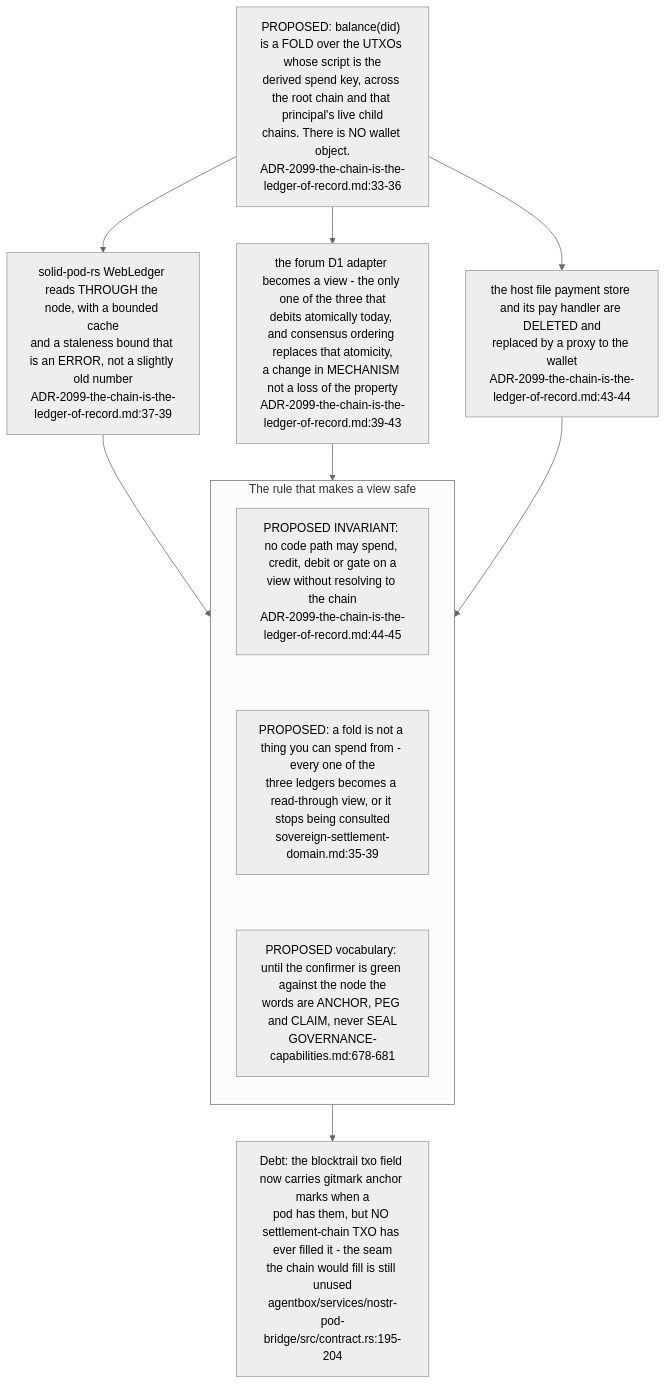
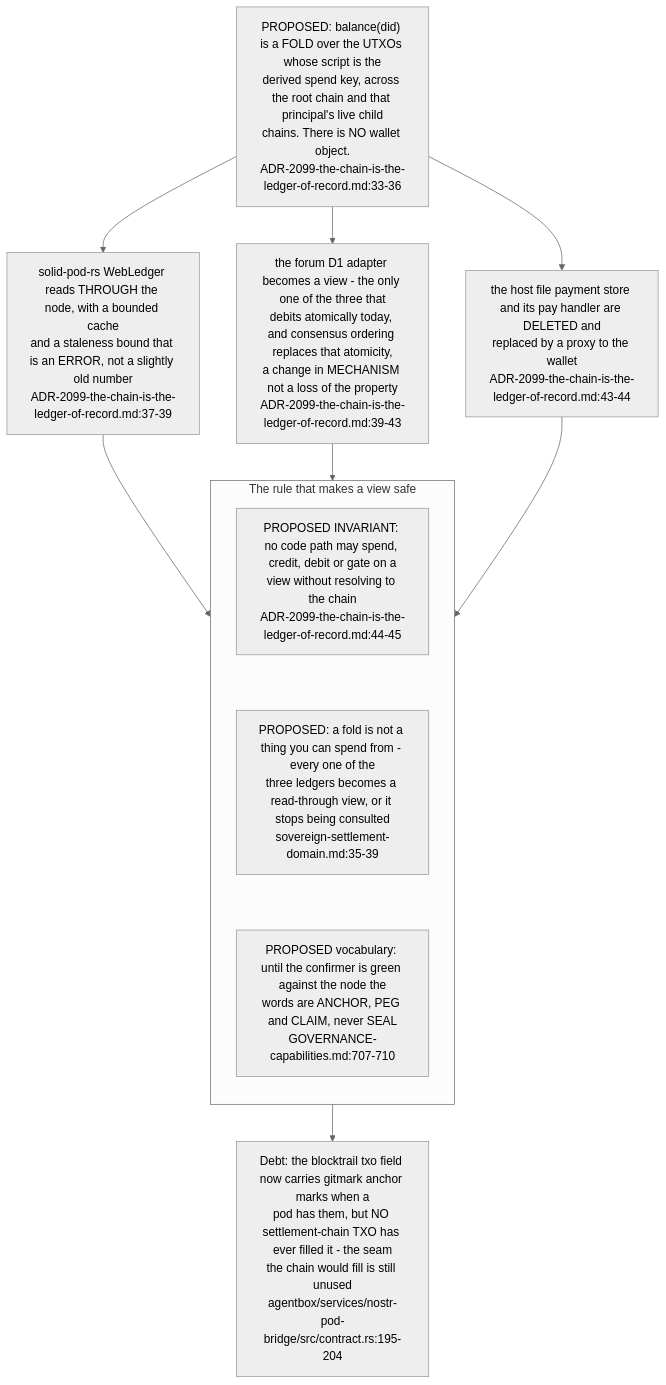
One commit to DreamLab-AI/VisionFlow changed the fourth of 7 diagrams in docs/diagrams/agentbox/31-sovereign-settlement.md. Above: the diagram before and after it, drawn with Mermaid (neutral theme). The commit also changed other lines of this file and 14 other files, not shown here.

Commit message:
docs: align settlement, daemon and dated health diagrams

````diff
--- a/docs/diagrams/agentbox/31-sovereign-settlement.md
+++ b/docs/diagrams/agentbox/31-sovereign-settlement.md
@@ -169,18 +169,18 @@
 ```mermaid
 flowchart TB
     FOLD["PROPOSED: balance(did) is a FOLD over the UTXOs whose script is the<br/>derived spend key, across the root chain and that principal's live child<br/>chains. There is NO wallet object.<br/>ADR-2099-the-chain-is-the-ledger-of-record.md:33-36"]
     FOLD --> V1["solid-pod-rs WebLedger reads THROUGH the node, with a bounded cache<br/>and a staleness bound that is an ERROR, not a slightly old number<br/>ADR-2099-the-chain-is-the-ledger-of-record.md:37-39"]
     FOLD --> V2["the forum D1 adapter becomes a view - the only one of the three that<br/>debits atomically today, and consensus ordering replaces that atomicity,<br/>a change in MECHANISM not a loss of the property<br/>ADR-2099-the-chain-is-the-ledger-of-record.md:39-43"]
     FOLD --> V3["the host file payment store and its pay handler are DELETED and<br/>replaced by a proxy to the wallet<br/>ADR-2099-the-chain-is-the-ledger-of-record.md:43-44"]
     subgraph rule["The rule that makes a view safe"]
         direction TB
         R1["PROPOSED INVARIANT: no code path may spend, credit, debit or gate on a<br/>view without resolving to the chain<br/>ADR-2099-the-chain-is-the-ledger-of-record.md:44-45"]
         R2["PROPOSED: a fold is not a thing you can spend from - every one of the<br/>three ledgers becomes a read-through view, or it stops being consulted<br/>sovereign-settlement-domain.md:35-39"]
-        R3["PROPOSED vocabulary: until the confirmer is green against the node the<br/>words are ANCHOR, PEG and CLAIM, never SEAL<br/>GOVERNANCE-capabilities.md:678-681"]
+        R3["PROPOSED vocabulary: until the confirmer is green against the node the<br/>words are ANCHOR, PEG and CLAIM, never SEAL<br/>GOVERNANCE-capabilities.md:707-710"]
         R1 ~~~ R2 ~~~ R3
     end
     V1 --> rule
     V2 --> rule
     V3 --> rule
     rule --> DEBT["Debt: the blocktrail txo field now carries gitmark anchor marks when a<br/>pod has them, but NO settlement-chain TXO has ever filled it - the seam<br/>the chain would fill is still unused<br/>agentbox/services/nostr-pod-bridge/src/contract.rs:195-204"]
 ```
````
